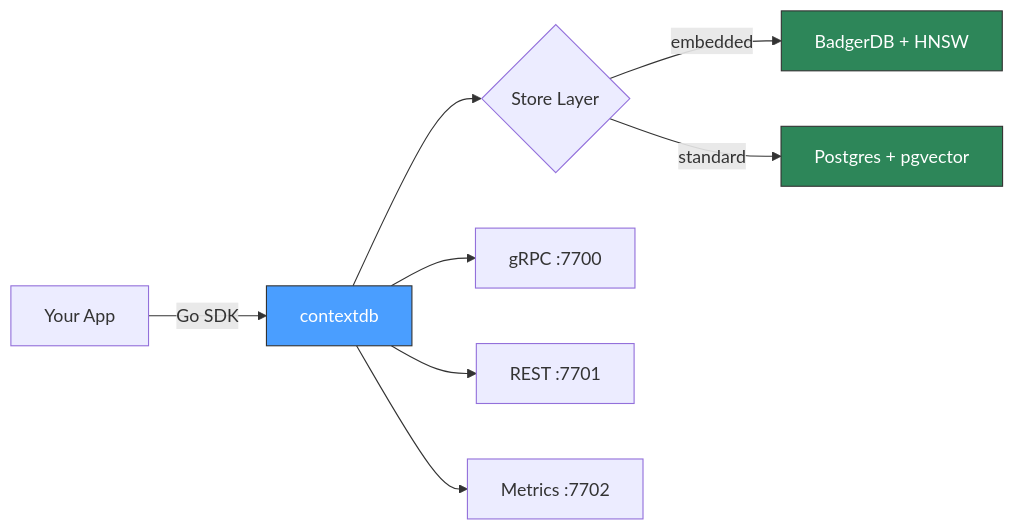
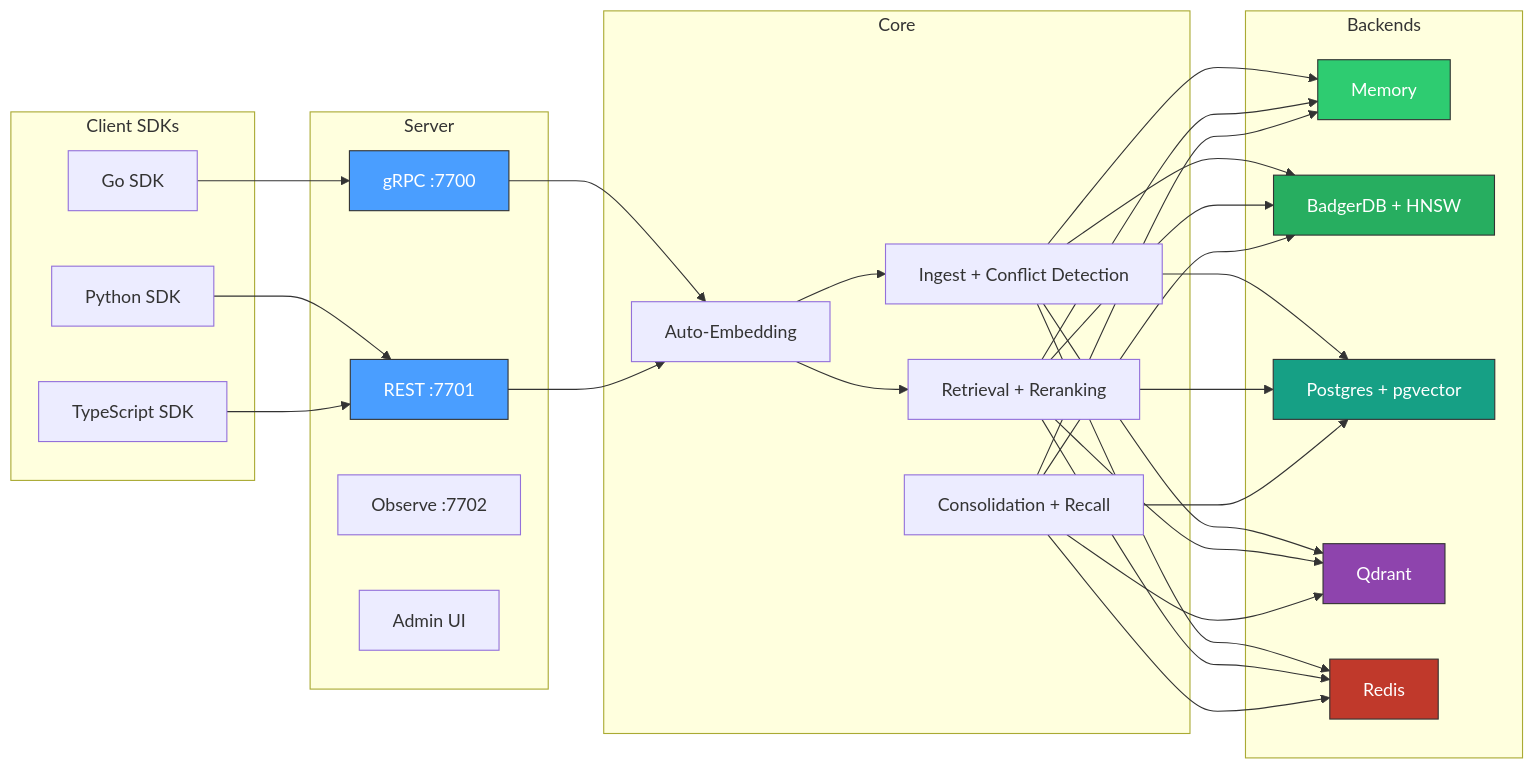
The diagram in docs/index.md (antiartificial/contextdb), drawn with Mermaid before and after one commit. The commit also changed other lines of this file and 18 other files, not shown here.

````diff
--- a/docs/index.md
+++ b/docs/index.md
@@ -70,14 +59,49 @@
 ```mermaid
 graph LR
-    A[Your App] -->|Go SDK| B[contextdb]
-    B --> C{Store Layer}
-    C -->|embedded| D[BadgerDB + HNSW]
-    C -->|standard| E[Postgres + pgvector]
-    B --> F[gRPC :7700]
-    B --> G[REST :7701]
-    B --> H[Metrics :7702]
+    subgraph Client SDKs
+        GO[Go SDK]
+        PY[Python SDK]
+        TS[TypeScript SDK]
+    end
 
-    style B fill:#4a9eff,stroke:#333,color:#fff
-    style D fill:#2d8659,stroke:#333,color:#fff
-    style E fill:#2d8659,stroke:#333,color:#fff
+    subgraph Server
+        GRPC[gRPC :7700]
+        REST[REST :7701]
+        OBS[Observe :7702]
+        ADMIN[Admin UI]
+    end
+
+    subgraph Core
+        EMB[Auto-Embedding]
+        ING[Ingest + Conflict Detection]
+        RET[Retrieval + Reranking]
+        BG[Consolidation + Recall]
+    end
+
+    subgraph Backends
+        MEM[Memory]
+        BAD[BadgerDB + HNSW]
+        PG[Postgres + pgvector]
+        QD[Qdrant]
+        RD[Redis]
+    end
+
+    GO --> GRPC
+    PY --> REST
+    TS --> REST
+    GRPC --> EMB
+    REST --> EMB
+    EMB --> ING
+    EMB --> RET
+    ING --> MEM & BAD & PG & QD & RD
+    RET --> MEM & BAD & PG & QD & RD
+    BG --> MEM & BAD & PG & QD & RD
+
+    style GRPC fill:#4a9eff,stroke:#333,color:#fff
+    style REST fill:#4a9eff,stroke:#333,color:#fff
+    style MEM fill:#2ecc71,stroke:#333,color:#fff
+    style BAD fill:#27ae60,stroke:#333,color:#fff
+    style PG fill:#16a085,stroke:#333,color:#fff
+    style QD fill:#8e44ad,stroke:#333,color:#fff
+    style RD fill:#c0392b,stroke:#333,color:#fff
 ```
````
